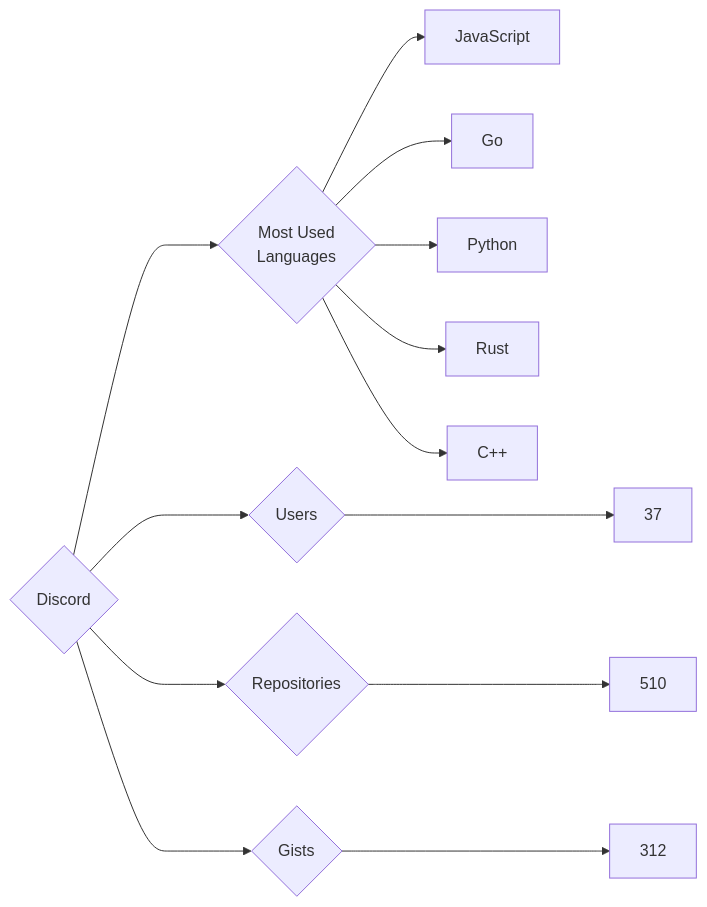
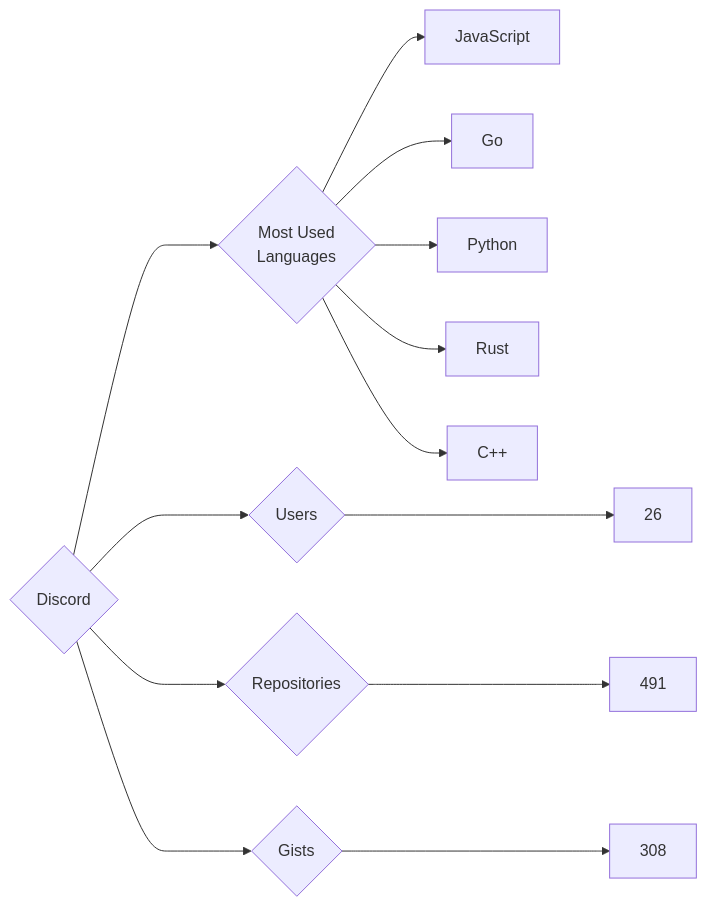
The diagram in targets/Discord/README.md (trickest/insiders), drawn with Mermaid before and after one commit. The commit also changed 894 other files, not shown here.

````diff
--- a/targets/Discord/README.md
+++ b/targets/Discord/README.md
@@ -3,13 +3,13 @@
 ```mermaid
 graph LR
 COMPANY_NAME{Discord}
-COMPANY_NAME ---> U{Users} ---> UN[37]
-COMPANY_NAME ---> R{Repositories} ---> RN[510]
-COMPANY_NAME ---> G{Gists} ---> GN[312]
+COMPANY_NAME ---> U{Users} ---> UN[26]
+COMPANY_NAME ---> R{Repositories} ---> RN[491]
+COMPANY_NAME ---> G{Gists} ---> GN[308]
 COMPANY_NAME ---> ML{Most Used<br>Languages}
 ML --> JavaScript[JavaScript]
 ML --> Go[Go]
 ML --> Python[Python]
 ML --> Rust[Rust]
 ML --> C++[C++]
 ```
````
